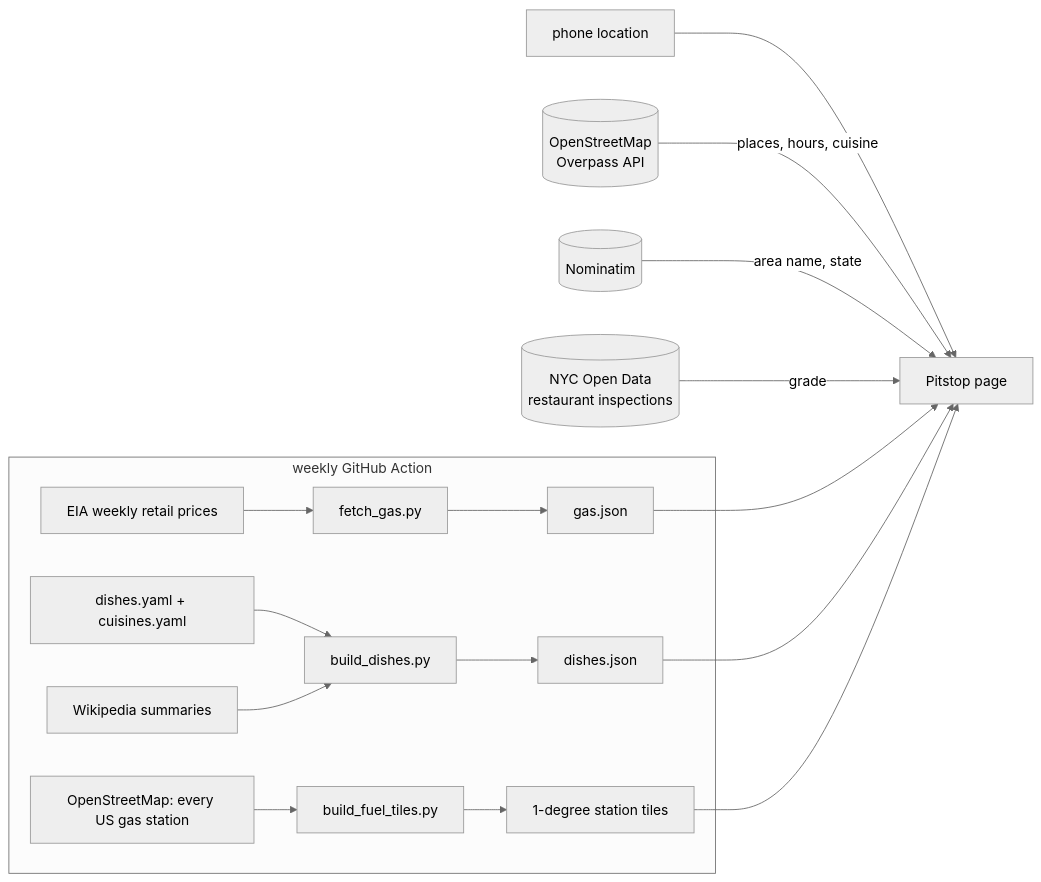
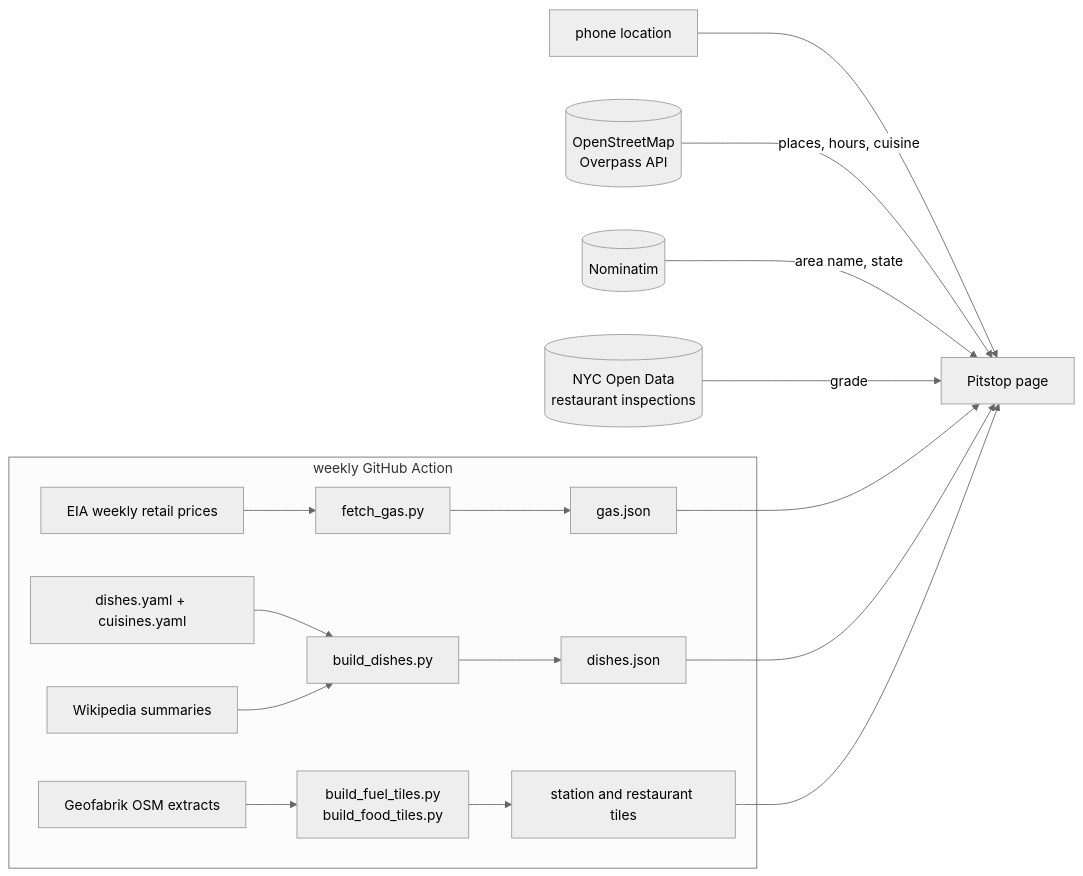
The diagram in README.md (madhubuddaraju/pitstop), drawn with Mermaid (neutral theme) before and after one commit. The commit also changed other lines of this file and 163 other files, not shown here.

Commit message:
Build station and restaurant tiles from Geofabrik extracts instead of busy public servers

````diff
--- a/README.md
+++ b/README.md
@@ -44,15 +44,15 @@
 ```mermaid
 flowchart LR
     GPS[phone location] --> APP[Pitstop page]
     OSM[(OpenStreetMap<br/>Overpass API)] -->|places, hours, cuisine| APP
     NOM[(Nominatim)] -->|area name, state| APP
     NYC[(NYC Open Data<br/>restaurant inspections)] -->|grade| APP
     subgraph weekly GitHub Action
       EIA[EIA weekly retail prices] --> G[fetch_gas.py] --> GJ[gas.json]
       Y[dishes.yaml + cuisines.yaml] --> B[build_dishes.py]
       WP[Wikipedia summaries] --> B
       B --> DJ[dishes.json]
-      OV[OpenStreetMap: every US gas station] --> F[build_fuel_tiles.py] --> FT[1-degree station tiles]
+      OV[Geofabrik OSM extracts] --> F[build_fuel_tiles.py<br/>build_food_tiles.py] --> FT[station and restaurant tiles]
     end
     GJ & DJ & FT --> APP
 ```
````
